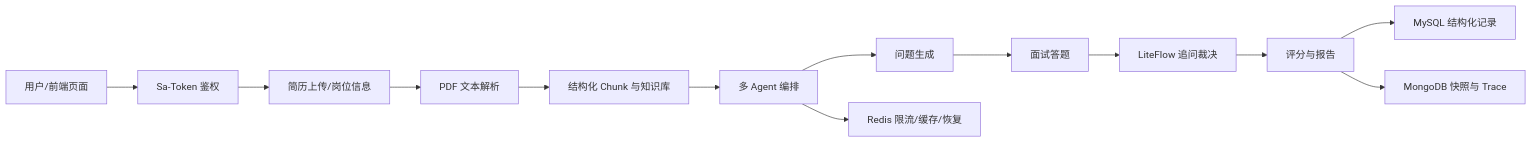
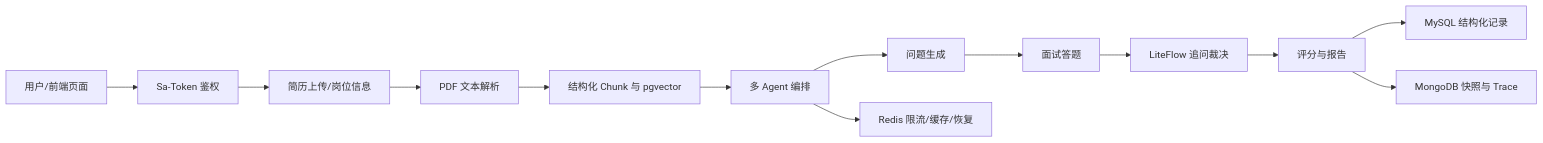
Before and after one commit to Kurumi33QAQ/MyAI-Meeting-Backend: the diagram in docs/PROJECT_PRESENTATION.md, drawn with Mermaid. The commit also changed other lines of this file and 7 other files, not shown here.

````diff
--- a/docs/PROJECT_PRESENTATION.md
+++ b/docs/PROJECT_PRESENTATION.md
@@ -35,15 +35,15 @@
 ```mermaid
 flowchart LR
     U["用户/前端页面"] --> A["Sa-Token 鉴权"]
     A --> R["简历上传/岗位信息"]
     R --> P["PDF 文本解析"]
-    P --> K["结构化 Chunk 与知识库"]
+    P --> K["结构化 Chunk 与 pgvector"]
     K --> G["多 Agent 编排"]
     G --> Q["问题生成"]
     Q --> I["面试答题"]
     I --> L["LiteFlow 追问裁决"]
     L --> S["评分与报告"]
     S --> M["MySQL 结构化记录"]
     S --> N["MongoDB 快照与 Trace"]
     G --> D["Redis 限流/缓存/恢复"]
 ```
````
